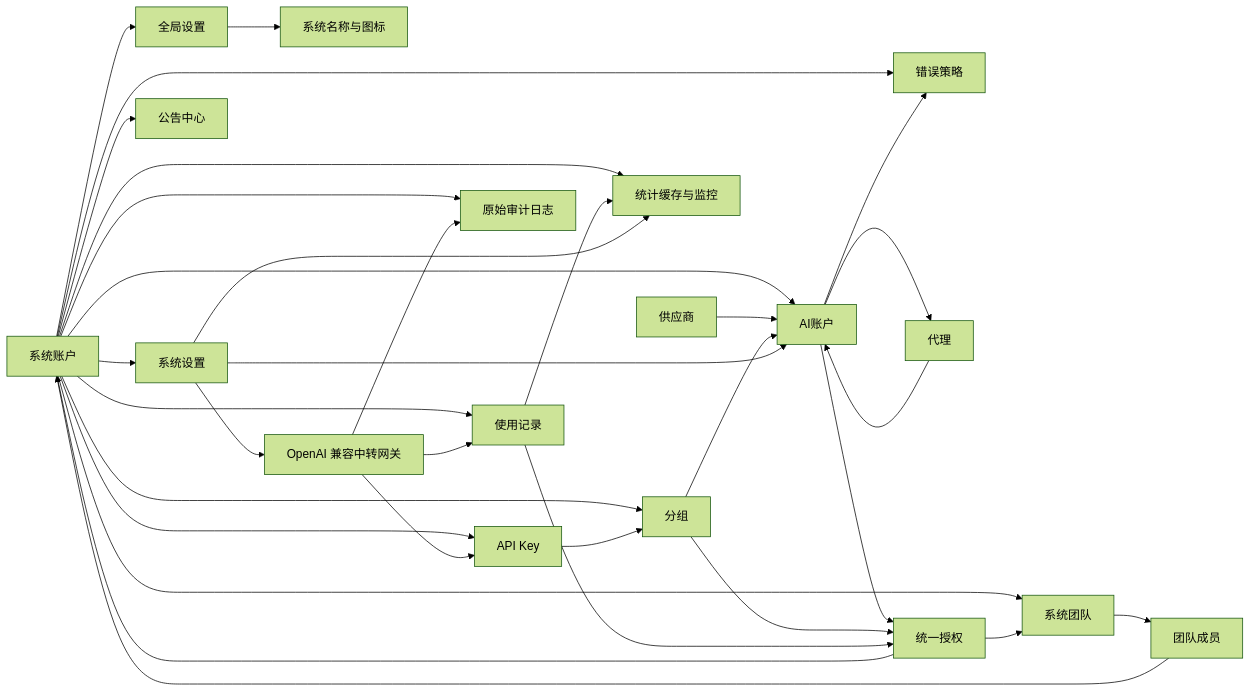
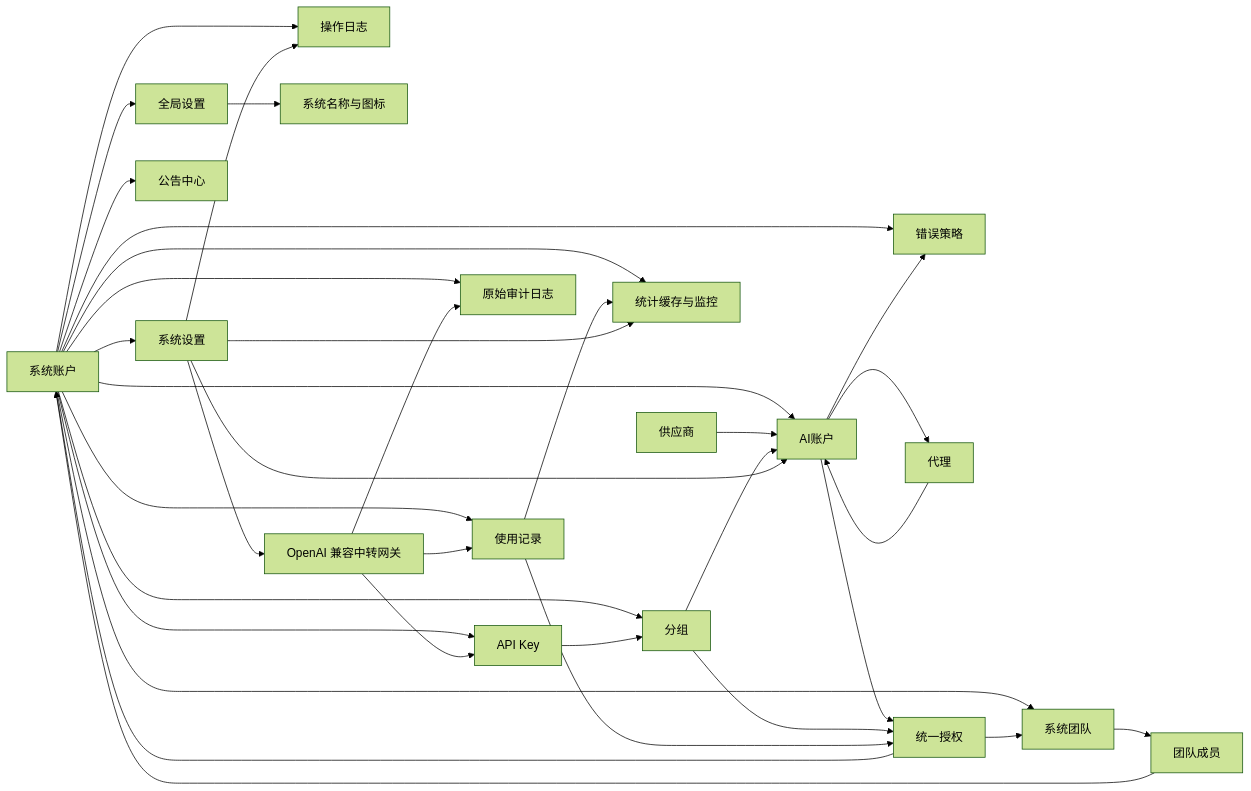
One commit to huanmin123/juhe-ai changed the diagram in docs/architecture/架构总览.md. Above: the diagram before and after it, drawn with Mermaid (forest theme). The commit also changed other lines of this file and 74 other files, not shown here.

````diff
--- a/docs/architecture/架构总览.md
+++ b/docs/architecture/架构总览.md
@@ -55,35 +55,37 @@
 ```mermaid
 flowchart LR
   SystemAccount["系统账户"] --> GlobalSettings["全局设置"]
   SystemAccount --> SystemSettings["系统设置"]
   SystemAccount --> SystemTeam["系统团队"]
   SystemTeam --> TeamMember["团队成员"]
   TeamMember --> SystemAccount
   SystemAccount --> AIAccount["AI账户"]
   SystemAccount --> Group["分组"]
   SystemAccount --> APIKey["API Key"]
   SystemAccount --> Usage["使用记录"]
+  SystemAccount --> OperationLog["操作日志"]
   SystemAccount --> AuditLog["原始审计日志"]
   SystemAccount --> Stats["统计缓存与监控"]
   SystemAccount --> ErrorPolicy["错误策略"]
   SystemAccount --> Announcement["公告中心"]
   GlobalSettings --> AppBrand["系统名称与图标"]
   Provider["供应商"] --> AIAccount
   Proxy["代理"] --> AIAccount
   AIAccount --> Proxy
   AIAccount --> ErrorPolicy
   AIAccount --> ResourceAuthorization["统一授权"]
   Group --> ResourceAuthorization
   ResourceAuthorization --> SystemAccount
   ResourceAuthorization --> SystemTeam
   Group --> AIAccount
   APIKey --> Group
   Gateway["OpenAI 兼容中转网关"] --> APIKey
   Gateway --> Usage["使用记录"]
   Gateway --> AuditLog
   Usage --> ResourceAuthorization
   Usage --> Stats["统计缓存与监控"]
   SystemSettings --> Gateway
+  SystemSettings --> OperationLog
   SystemSettings --> AIAccount
   SystemSettings --> Stats
 ```
````
